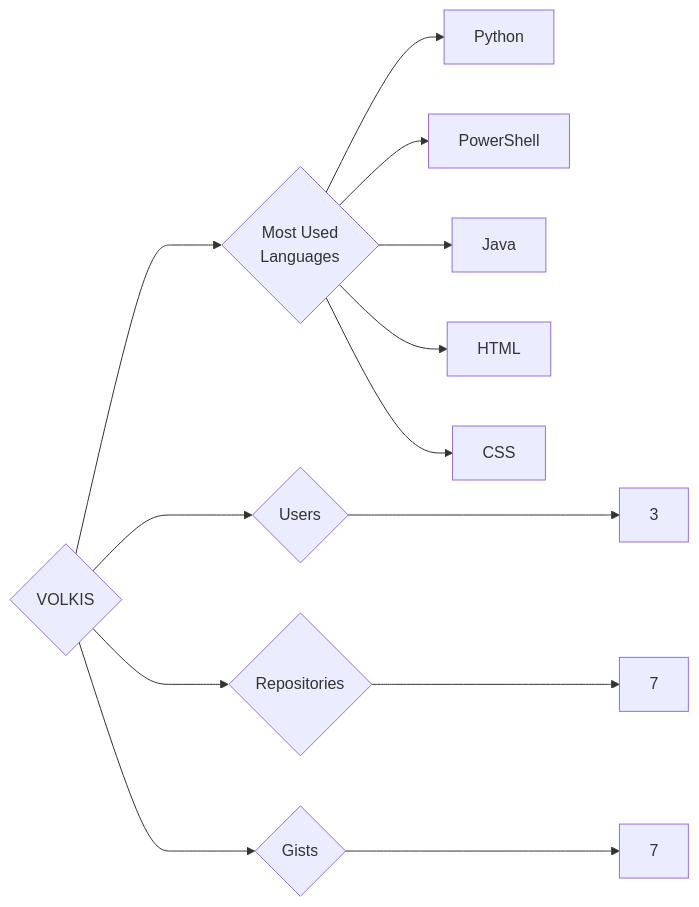
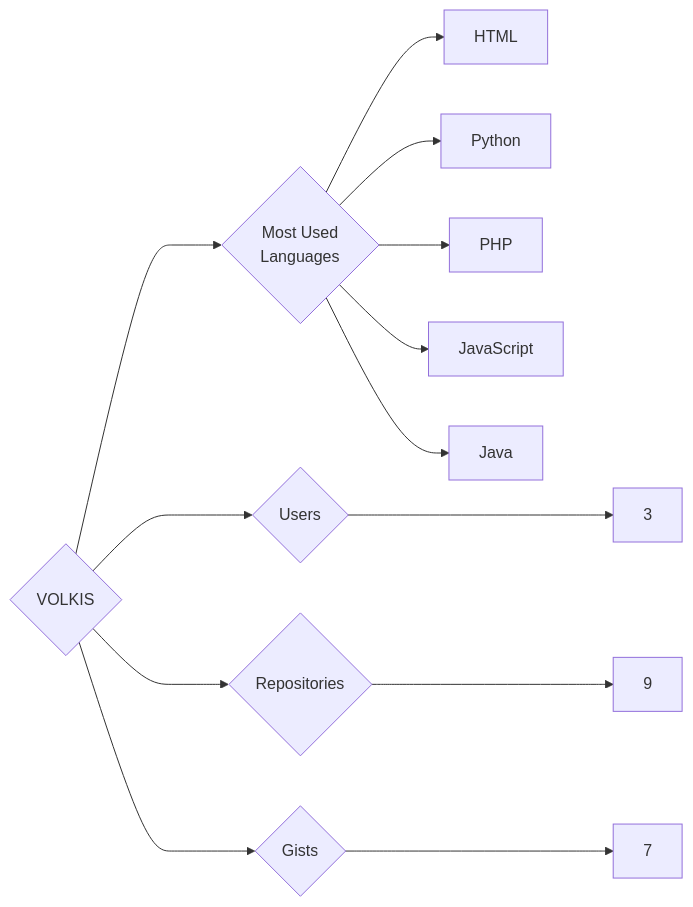
Before and after one commit to trickest/insiders: the diagram in targets/VOLKIS/README.md, drawn with Mermaid. The commit also changed 1508 other files, not shown here.

````diff
--- a/targets/VOLKIS/README.md
+++ b/targets/VOLKIS/README.md
@@ -3,13 +3,13 @@
 ```mermaid
 graph LR
 COMPANY_NAME{VOLKIS}
 COMPANY_NAME ---> U{Users} ---> UN[3]
-COMPANY_NAME ---> R{Repositories} ---> RN[7]
+COMPANY_NAME ---> R{Repositories} ---> RN[9]
 COMPANY_NAME ---> G{Gists} ---> GN[7]
 COMPANY_NAME ---> ML{Most Used<br>Languages}
+ML --> HTML[HTML]
 ML --> Python[Python]
-ML --> PowerShell[PowerShell]
+ML --> PHP[PHP]
+ML --> JavaScript[JavaScript]
 ML --> Java[Java]
-ML --> HTML[HTML]
-ML --> CSS[CSS]
 ```
````
